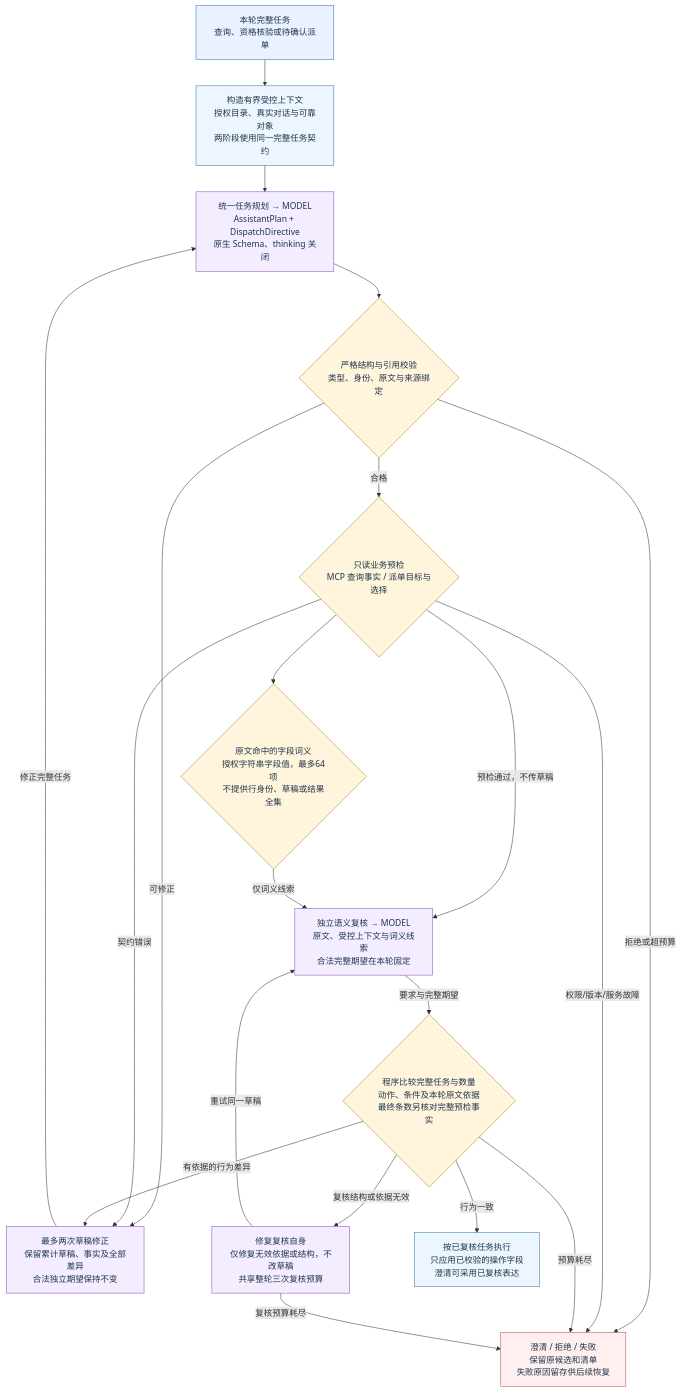
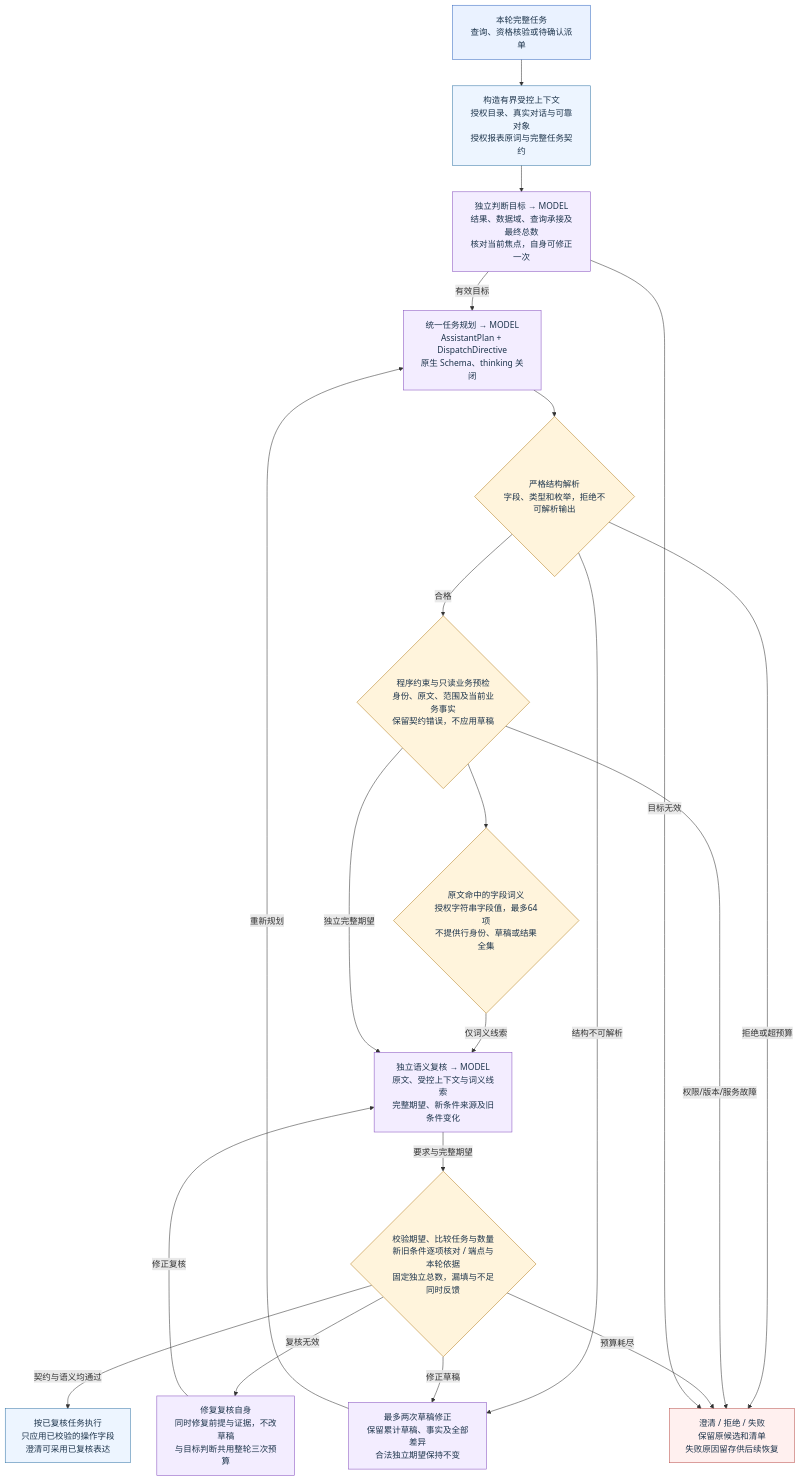
The diagram in docs/diagrams/demo-final/02.mmd (QSZJAVA/agent_demo), drawn with Mermaid before and after one commit. The commit also changed 278 other files, not shown here.

```diff
--- a/docs/diagrams/demo-final/02.mmd
+++ b/docs/diagrams/demo-final/02.mmd
@@ -1,39 +1,40 @@
 flowchart TD
   in["本轮完整任务<br/>查询、资格核验或待确认派单"]:::ui
-  context["构造有界受控上下文<br/>授权目录、真实对话与可靠对象<br/>两阶段使用同一完整任务契约"]:::agent
+  context["构造有界受控上下文<br/>授权目录、真实对话与可靠对象<br/>授权报表原词与完整任务契约"]:::agent
   model["统一任务规划 → MODEL<br/>AssistantPlan + DispatchDirective<br/>原生 Schema、thinking 关闭"]:::model
-  codec{"严格结构与引用校验<br/>类型、身份、原文与来源绑定"}:::guard
+  codec{"严格结构解析<br/>字段、类型和枚举，拒绝不可解析输出"}:::guard
   retry["最多两次草稿修正<br/>保留累计草稿、事实及全部差异<br/>合法独立期望保持不变"]:::model
-  draft{"只读业务预检<br/>MCP 查询事实 / 派单目标与选择"}:::guard
+  draft{"程序约束与只读业务预检<br/>身份、原文、范围及当前业务事实<br/>保留契约错误，不应用草稿"}:::guard
   terms{"原文命中的字段词义<br/>授权字符串字段值，最多64项<br/>不提供行身份、草稿或结果全集"}:::guard
-  review["独立语义复核 → MODEL<br/>原文、受控上下文与词义线索<br/>合法完整期望在本轮固定"]:::model
-  compare{"程序比较完整任务与数量<br/>动作、条件及本轮原文依据<br/>最终条数另核对完整预检事实"}:::guard
-  reviewfix["修复复核自身<br/>仅修复无效依据或结构，不改草稿<br/>共享整轮三次复核预算"]:::model
+  purpose["独立判断目标 → MODEL<br/>结果、数据域、查询承接及最终总数<br/>核对当前焦点，自身可修正一次"]:::model
+  review["独立语义复核 → MODEL<br/>原文、受控上下文与词义线索<br/>完整期望、新条件来源及旧条件变化"]:::model
+  compare{"校验期望、比较任务与数量<br/>新旧条件逐项核对 / 端点与本轮依据<br/>固定独立总数，漏填与不足同时反馈"}:::guard
+  reviewfix["修复复核自身<br/>同时修复前提与证据，不改草稿<br/>与目标判断共用整轮三次预算"]:::model
   fail["澄清 / 拒绝 / 失败<br/>保留原候选和清单<br/>失败原因留存供后续恢复"]:::error
   apply["按已复核任务执行<br/>只应用已校验的操作字段<br/>澄清可采用已复核表达"]:::agent
   in --> context
-  context --> model
   model --> codec
   codec -->|"合格"| draft
-  codec -->|"可修正"| retry
+  codec -->|"结构不可解析"| retry
   codec -->|"拒绝或超预算"| fail
-  draft -->|"预检通过，不传草稿"| review
   draft --> terms
   terms -->|"仅词义线索"| review
-  draft -->|"契约错误"| retry
   draft -->|"权限/版本/服务故障"| fail
   review -->|"要求与完整期望"| compare
-  compare -->|"行为一致"| apply
-  compare -->|"有依据的行为差异"| retry
+  compare -->|"契约与语义均通过"| apply
+  compare -->|"修正草稿"| retry
   compare -->|"预算耗尽"| fail
-  compare -->|"复核结构或依据无效"| reviewfix
-  reviewfix -->|"重试同一草稿"| review
-  reviewfix -->|"复核预算耗尽"| fail
-  retry -->|"修正完整任务"| model
+  compare -->|"复核无效"| reviewfix
+  reviewfix -->|"修正复核"| review
+  retry -->|"重新规划"| model
+  context --> purpose
+  purpose -->|"有效目标"| model
+  purpose -->|"目标无效"| fail
+  draft -->|"独立完整期望"| review
   classDef ui fill:#eaf2ff,stroke:#386bc1,color:#1e354c
   classDef agent fill:#edf5ff,stroke:#3778a8,color:#1e354c
   classDef model fill:#f3edff,stroke:#8751bf,color:#1e354c
   classDef business fill:#e8f7ef,stroke:#268255,color:#1e354c
   classDef guard fill:#fff4dc,stroke:#b58022,color:#1e354c
   classDef error fill:#fff0ef,stroke:#ba534e,color:#1e354c
   classDef store fill:#edf1f5,stroke:#60768b,color:#1e354c
```
